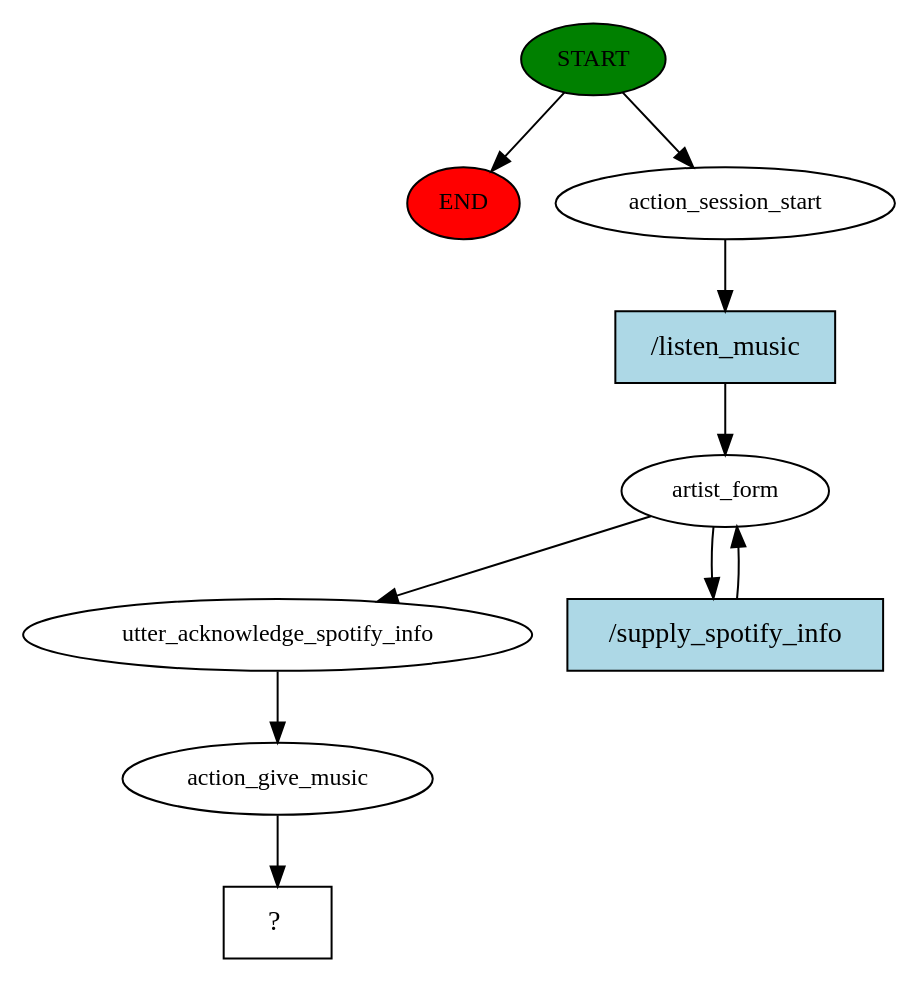
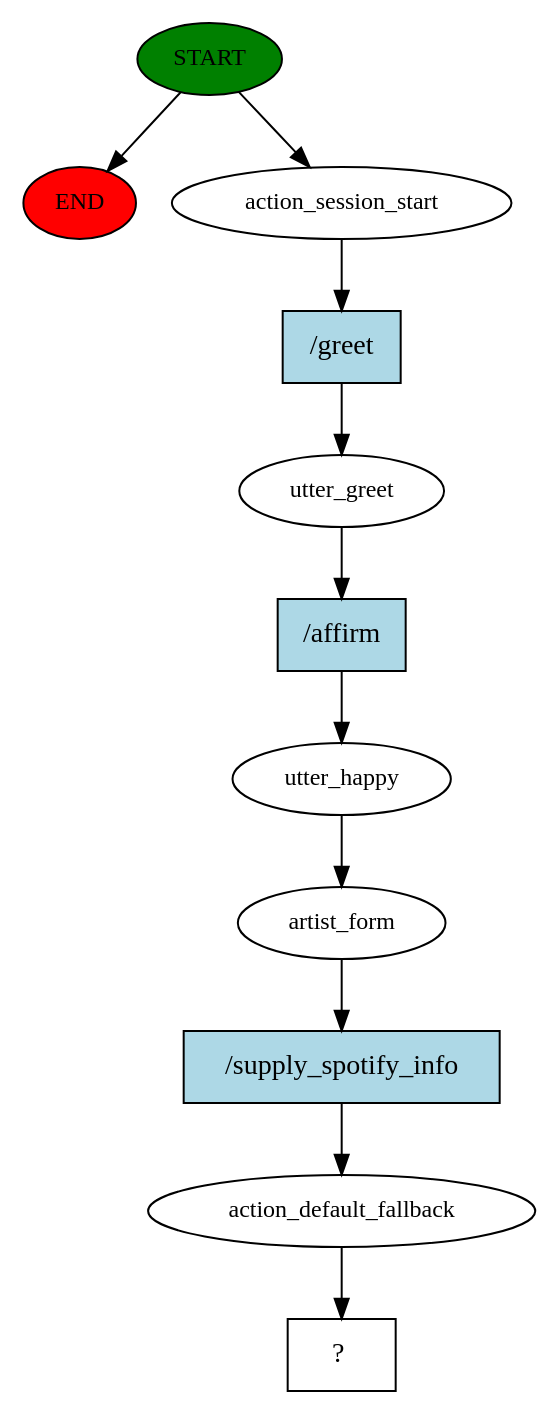
One commit to mlucas-ai/Chatbot changed the diagram in story_graph.dot. Above: the diagram before and after it, drawn with Graphviz. The commit also changed 254 other files, not shown here.

```diff
--- a/story_graph.dot
+++ b/story_graph.dot
@@ -1,20 +1,23 @@
 digraph  {
 0 [class="start active", fillcolor=green, fontsize=12, label=START, style=filled];
 "-1" [class=end, fillcolor=red, fontsize=12, label=END, style=filled];
 1 [class=active, fontsize=12, label=action_session_start];
-2 [class=active, fontsize=12, label=artist_form];
-4 [class=active, fontsize=12, label=utter_acknowledge_spotify_info];
-5 [class=active, fontsize=12, label=action_give_music];
+2 [class=active, fontsize=12, label=utter_greet];
+3 [class=active, fontsize=12, label=utter_happy];
+4 [class=active, fontsize=12, label=artist_form];
+5 [class=active, fontsize=12, label=action_default_fallback];
 6 [class="intent dashed active", label="  ?  ", shape=rect];
-7 [class="intent active", fillcolor=lightblue, label="/listen_music", shape=rect, style=filled];
-8 [class="intent active", fillcolor=lightblue, label="/supply_spotify_info", shape=rect, style=filled];
+7 [class="intent active", fillcolor=lightblue, label="/greet", shape=rect, style=filled];
+8 [class="intent active", fillcolor=lightblue, label="/affirm", shape=rect, style=filled];
+9 [class="intent active", fillcolor=lightblue, label="/supply_spotify_info", shape=rect, style=filled];
 0 -> "-1"  [class="", key=NONE, label=""];
 0 -> 1  [class=active, key=NONE, label=""];
 1 -> 7  [class=active, key=0];
-2 -> 4  [class=active, key=NONE, label=""];
 2 -> 8  [class=active, key=0];
-4 -> 5  [class=active, key=NONE, label=""];
+3 -> 4  [class=active, key=NONE, label=""];
+4 -> 9  [class=active, key=0];
 5 -> 6  [class=active, key=NONE, label=""];
 7 -> 2  [class=active, key=0];
-8 -> 2  [class=active, key=0];
+8 -> 3  [class=active, key=0];
+9 -> 5  [class=active, key=0];
 }
```
